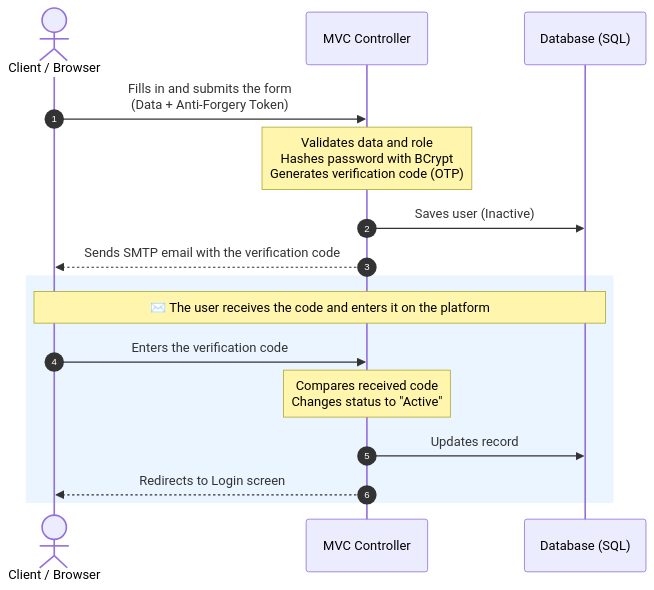
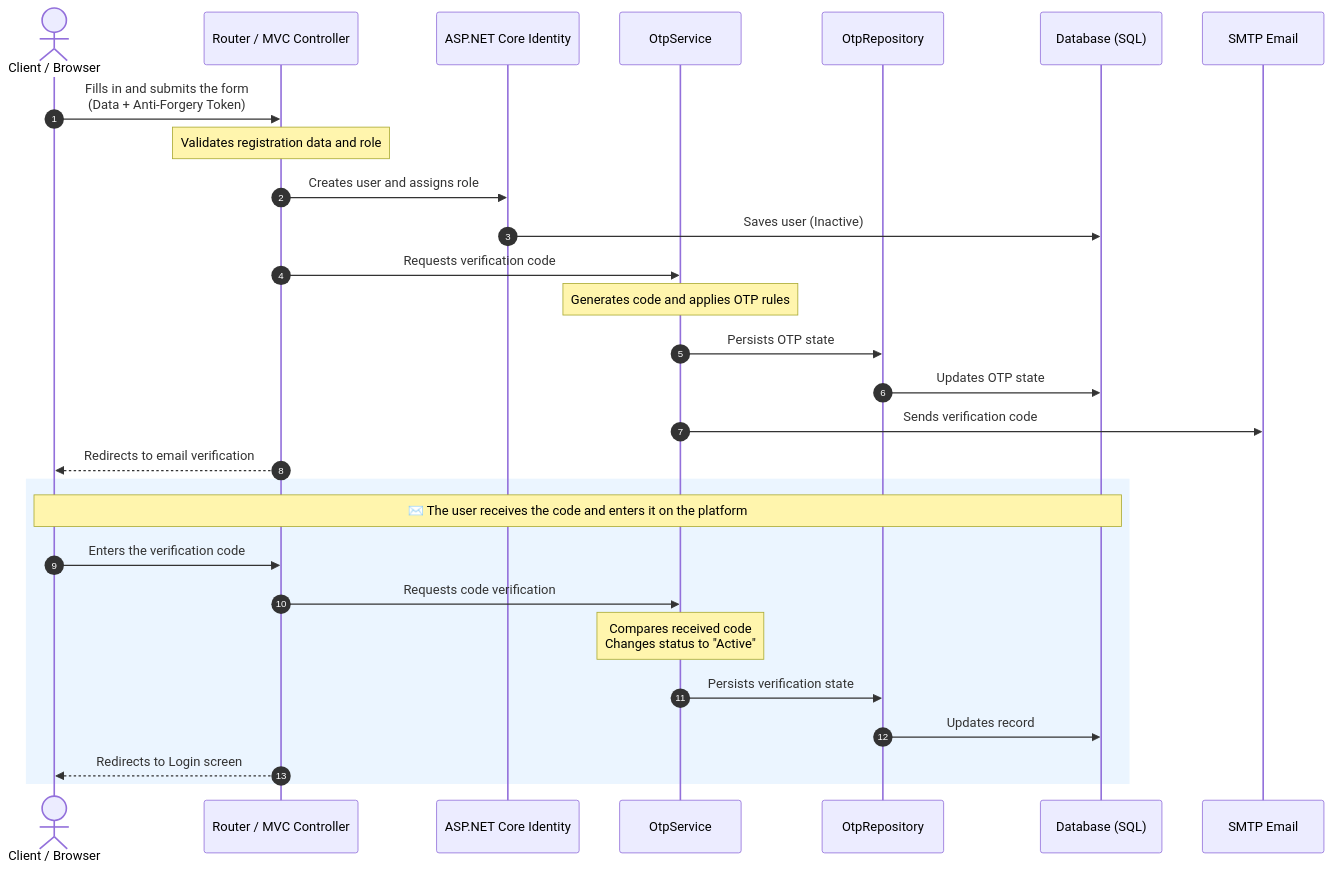
One commit to SaraCarmona03/VozUniversitaria changed the third of 5 diagrams in architecture.md. Above: the diagram before and after it, drawn with Mermaid. The commit also changed other lines of this file and 39 other files, not shown here.

````diff
--- a/architecture.md
+++ b/architecture.md
@@ -224,20 +230,32 @@
 ```mermaid
 sequenceDiagram
     autonumber
     actor U as  Client / Browser
-    participant C as  MVC Controller
+    participant C as  Router / MVC Controller
+    participant I as  ASP.NET Core Identity
+    participant S as  OtpService
+    participant R as  OtpRepository
     participant DB as  Database (SQL)
+    participant M as  SMTP Email
 
     U->>C: Fills in and submits the form<br/>(Data + Anti-Forgery Token)
-    Note over C: Validates data and role<br/>Hashes password with BCrypt<br/>Generates verification code (OTP)
-    C->>DB: Saves user (Inactive)
-    C-->>U: Sends SMTP email with the verification code
+    Note over C: Validates registration data and role
+    C->>I: Creates user and assigns role
+    I->>DB: Saves user (Inactive)
+    C->>S: Requests verification code
+    Note over S: Generates code and applies OTP rules
+    S->>R: Persists OTP state
+    R->>DB: Updates OTP state
+    S->>M: Sends verification code
+    C-->>U: Redirects to email verification
 
     rect rgb(235, 245, 255)
     Note over U,DB: ✉️ The user receives the code and enters it on the platform
     U->>C: Enters the verification code
-    Note over C: Compares received code<br/>Changes status to "Active"
-    C->>DB: Updates record
+    C->>S: Requests code verification
+    Note over S: Compares received code<br/>Changes status to "Active"
+    S->>R: Persists verification state
+    R->>DB: Updates record
     C-->>U: Redirects to Login screen
     end
 ```
````
